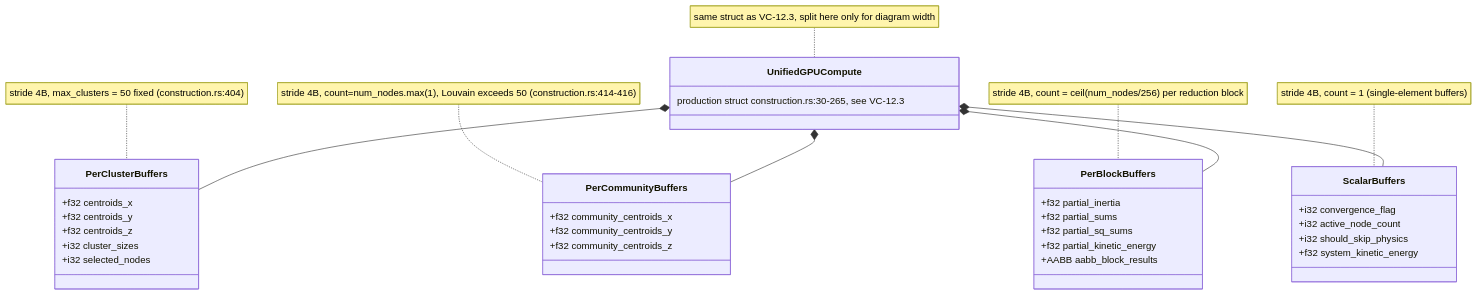
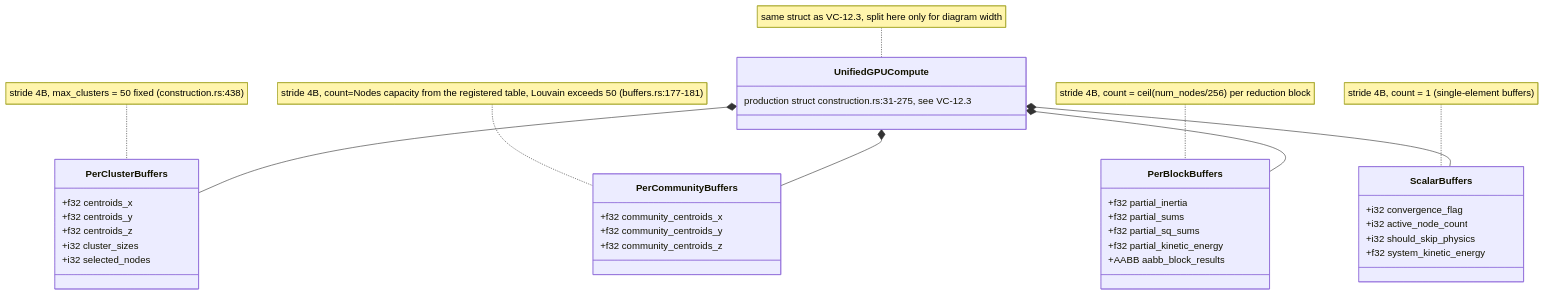
Before and after one commit to DreamLab-AI/VisionFlow: the fourth of 7 diagrams in docs/diagrams/visionclaw/12-simparams-abi-and-ptx.md, drawn with Mermaid. The commit also changed other lines of this file and 81 other files, not shown here.

First line of the commit message:
docs(diagrams): roll VisionClaw topics to main 010e1109b (PR 37 and 38 merged); fix remaining prose citations

````diff
--- a/docs/diagrams/visionclaw/12-simparams-abi-and-ptx.md
+++ b/docs/diagrams/visionclaw/12-simparams-abi-and-ptx.md
@@ -257,41 +258,41 @@
 ```mermaid
 classDiagram
     class PerClusterBuffers {
         +f32 centroids_x
         +f32 centroids_y
         +f32 centroids_z
         +i32 cluster_sizes
         +i32 selected_nodes
     }
     class PerCommunityBuffers {
         +f32 community_centroids_x
         +f32 community_centroids_y
         +f32 community_centroids_z
     }
     class PerBlockBuffers {
         +f32 partial_inertia
         +f32 partial_sums
         +f32 partial_sq_sums
         +f32 partial_kinetic_energy
         +AABB aabb_block_results
     }
     class ScalarBuffers {
         +i32 convergence_flag
         +i32 active_node_count
         +i32 should_skip_physics
         +f32 system_kinetic_energy
     }
     class UnifiedGPUCompute {
-        production struct construction.rs:30-265, see VC-12.3
+        production struct construction.rs:31-275, see VC-12.3
     }
     UnifiedGPUCompute *-- PerClusterBuffers
     UnifiedGPUCompute *-- PerCommunityBuffers
     UnifiedGPUCompute *-- PerBlockBuffers
     UnifiedGPUCompute *-- ScalarBuffers
 
-    note for PerClusterBuffers "stride 4B, max_clusters = 50 fixed (construction.rs:404)"
-    note for PerCommunityBuffers "stride 4B, count=num_nodes.max(1), Louvain exceeds 50 (construction.rs:414-416)"
+    note for PerClusterBuffers "stride 4B, max_clusters = 50 fixed (construction.rs:438)"
+    note for PerCommunityBuffers "stride 4B, count=Nodes capacity from the registered table, Louvain exceeds 50 (buffers.rs:177-181)"
     note for PerBlockBuffers "stride 4B, count = ceil(num_nodes/256) per reduction block"
     note for ScalarBuffers "stride 4B, count = 1 (single-element buffers)"
     note for UnifiedGPUCompute "same struct as VC-12.3, split here only for diagram width"
 ```
````
